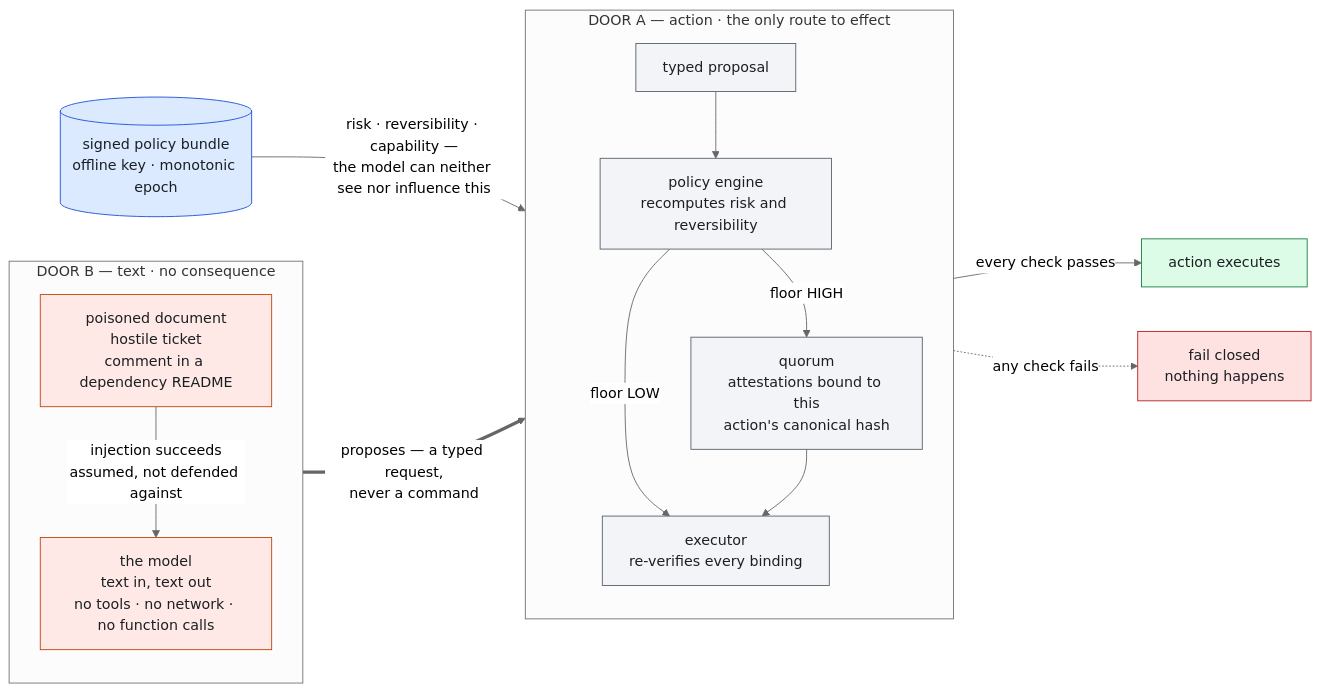
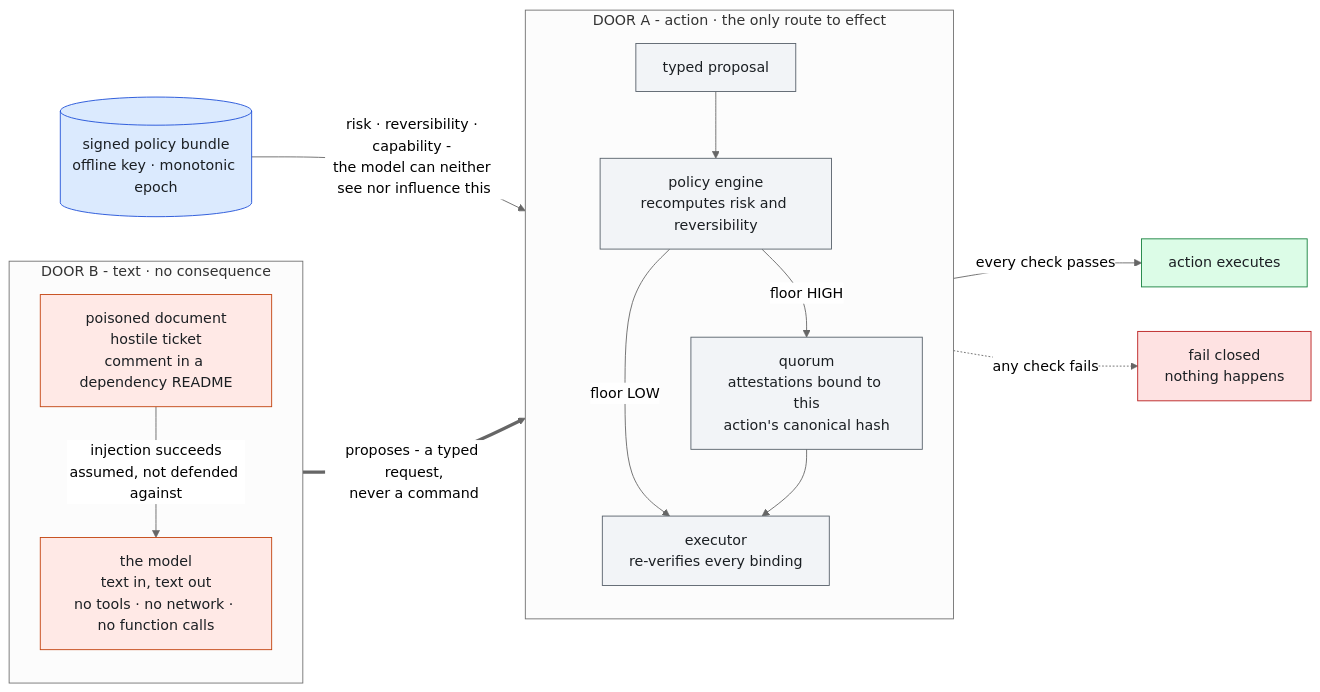
The diagram in README.md (yacine-kellib/agent-control-plane), drawn with Mermaid (neutral theme) before and after one commit. The commit also changed other lines of this file and 1 other file, not shown here.

````diff
--- a/README.md
+++ b/README.md
@@ -240,41 +240,41 @@
 ```mermaid
 flowchart LR
-    subgraph B ["DOOR B — text · no consequence"]
+    subgraph B ["DOOR B - text · no consequence"]
         direction TB
         INJ["poisoned document<br/>hostile ticket<br/>comment in a dependency README"]
         LLM["the model<br/>text in, text out<br/>no tools · no network · no function calls"]
         INJ -- "injection succeeds<br/>assumed, not defended against" --> LLM
     end
 
-    LLM == "proposes — a typed request,<br/>never a command" ==> P
+    LLM == "proposes - a typed request,<br/>never a command" ==> P
 
-    subgraph A ["DOOR A — action · the only route to effect"]
+    subgraph A ["DOOR A - action · the only route to effect"]
         direction TB
         P["typed proposal"]
         POL["policy engine<br/>recomputes risk and reversibility"]
         Q["quorum<br/>attestations bound to this<br/>action's canonical hash"]
         EX["executor<br/>re-verifies every binding"]
         P --> POL
         POL -- "floor HIGH" --> Q
         POL -- "floor LOW" --> EX
         Q --> EX
     end
 
     BUNDLE[("signed policy bundle<br/>offline key · monotonic epoch")]
-    BUNDLE -- "risk · reversibility · capability —<br/>the model can neither see nor influence this" --> POL
+    BUNDLE -- "risk · reversibility · capability - <br/>the model can neither see nor influence this" --> POL
 
     EX -- "every check passes" --> ACT["action executes"]
     EX -. "any check fails" .-> NIL["fail closed<br/>nothing happens"]
 
     classDef untrusted fill:#ffe9e6,stroke:#c2410c,color:#1b1f23
     classDef neutral   fill:#f2f4f7,stroke:#57606a,color:#1b1f23
     classDef authority fill:#dbeafe,stroke:#1d4ed8,color:#1b1f23
     classDef good      fill:#dcfce7,stroke:#15803d,color:#1b1f23
     classDef stop      fill:#fee2e2,stroke:#b91c1c,color:#1b1f23
 
     class INJ,LLM untrusted
     class P,POL,Q,EX neutral
     class BUNDLE authority
     class ACT good
     class NIL stop
 ```
````
